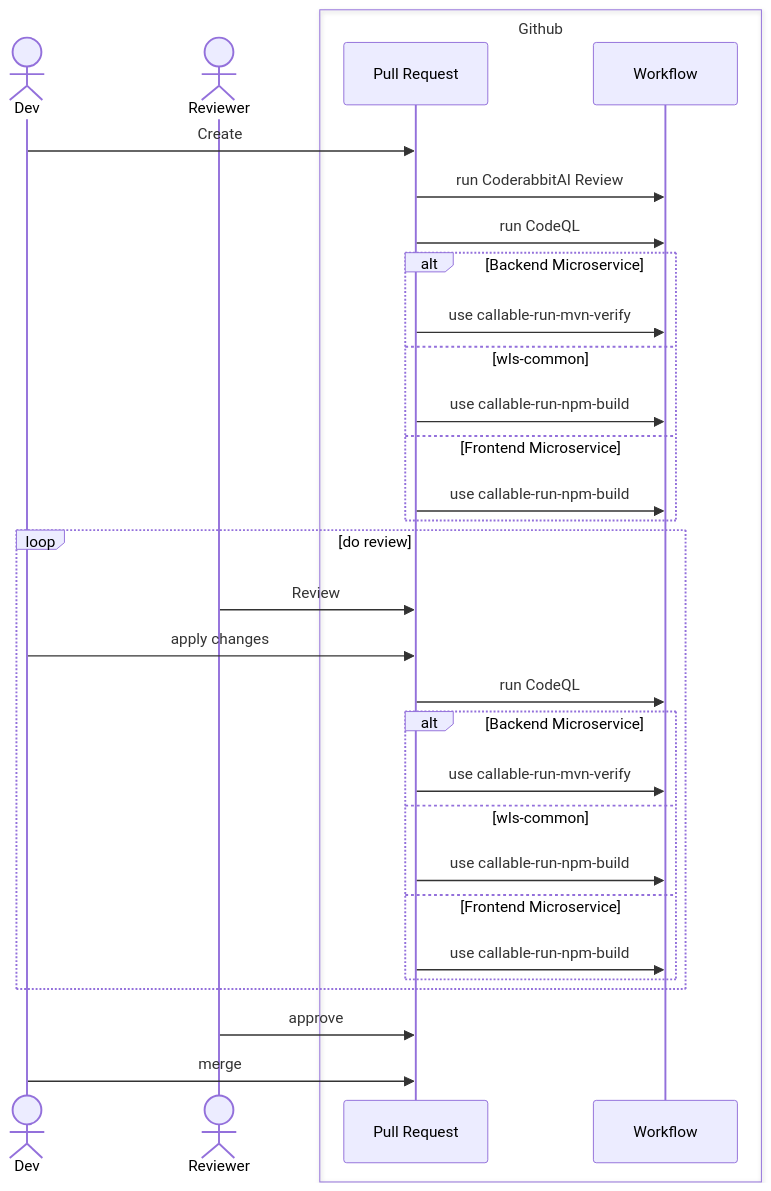
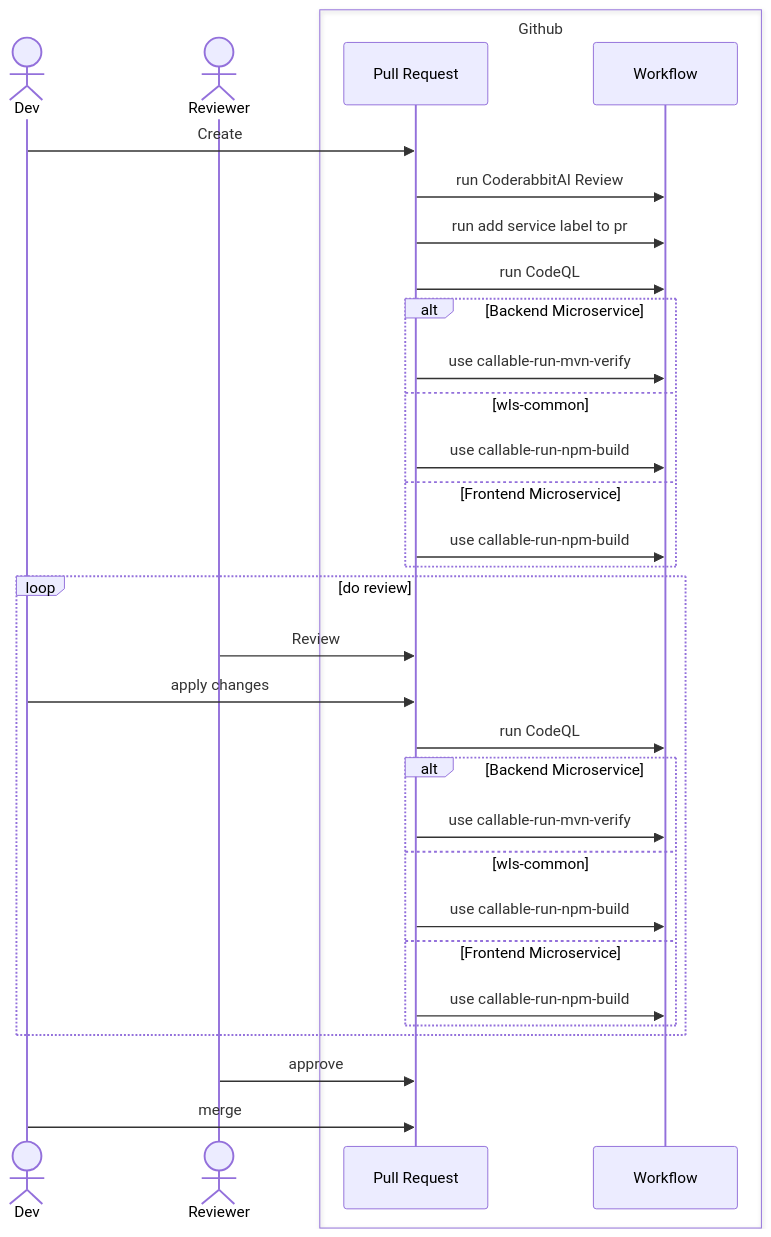
The first of 3 diagrams in docs/src/technik/ecosystem/workflows.md (it-at-m/Wahllokalsystem), drawn with Mermaid before and after one commit.

Commit message:
add pr label workflow step

`````diff
--- a/docs/src/technik/ecosystem/workflows.md
+++ b/docs/src/technik/ecosystem/workflows.md
@@ -10,41 +10,42 @@
 ````mermaid
 
 sequenceDiagram
 
     actor Dev
     actor Reviewer
     
     box Github
         participant PR as Pull Request
         participant Workflow
     end
     
     Dev ->> PR: Create
     
     PR ->> Workflow: run CoderabbitAI Review
+    PR ->> Workflow: run add service label to pr
     
     PR ->> Workflow: run CodeQL
     alt Backend Microservice
         PR ->> Workflow: use callable-run-mvn-verify
     else wls-common
         PR ->> Workflow: use callable-run-npm-build
     else Frontend Microservice
         PR ->> Workflow: use callable-run-npm-build
     end
     
     loop do review
         Reviewer ->> PR: Review
         Dev ->> PR: apply changes
         PR ->> Workflow: run CodeQL
         alt Backend Microservice
             PR ->> Workflow: use callable-run-mvn-verify
         else wls-common
             PR ->> Workflow: use callable-run-npm-build
         else Frontend Microservice
             PR ->> Workflow: use callable-run-npm-build
         end
     end
     
     Reviewer ->> PR: approve
     Dev ->> PR: merge
 ````
`````
